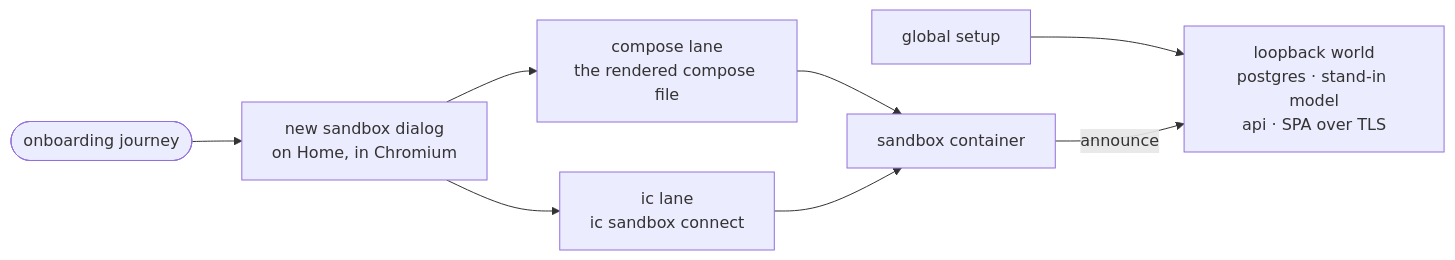
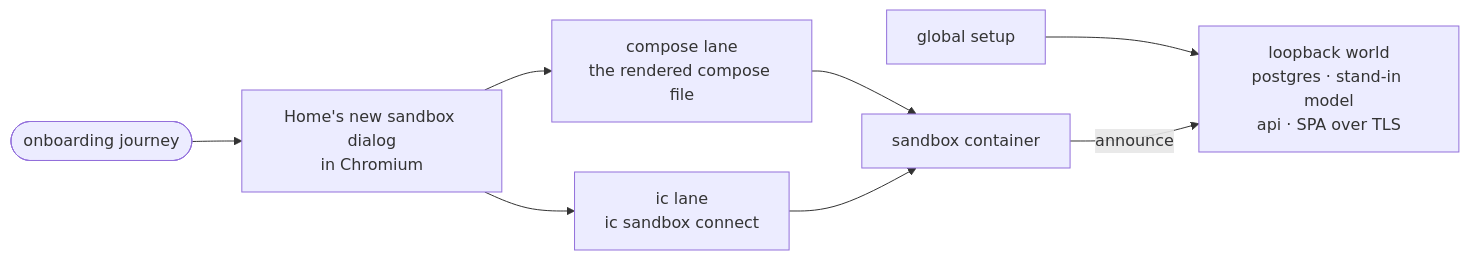
The diagram in _tools/onboarding/README.md (intentic/intentic), drawn with Mermaid before and after one commit. The commit also changed other lines of this file and 4 other files, not shown here.

Commit message:
fix(onboarding): wait for Home's new sandbox dialog before provisioning

````diff
--- a/_tools/onboarding/README.md
+++ b/_tools/onboarding/README.md
@@ -5,10 +5,10 @@
 ```mermaid
 flowchart LR
     setup["global setup"] --> world["loopback world<br/>postgres · stand-in model<br/>api · SPA over TLS"]
-    journey(["onboarding journey"]) --> wizard["new sandbox dialog<br/>on Home, in Chromium"]
+    journey(["onboarding journey"]) --> wizard["Home's new sandbox dialog<br/>in Chromium"]
     wizard --> compose["compose lane<br/>the rendered compose file"]
     wizard --> ic["ic lane<br/>ic sandbox connect"]
     compose --> box["sandbox container"]
     ic --> box
     box -->|"announce"| world
 ```
````
